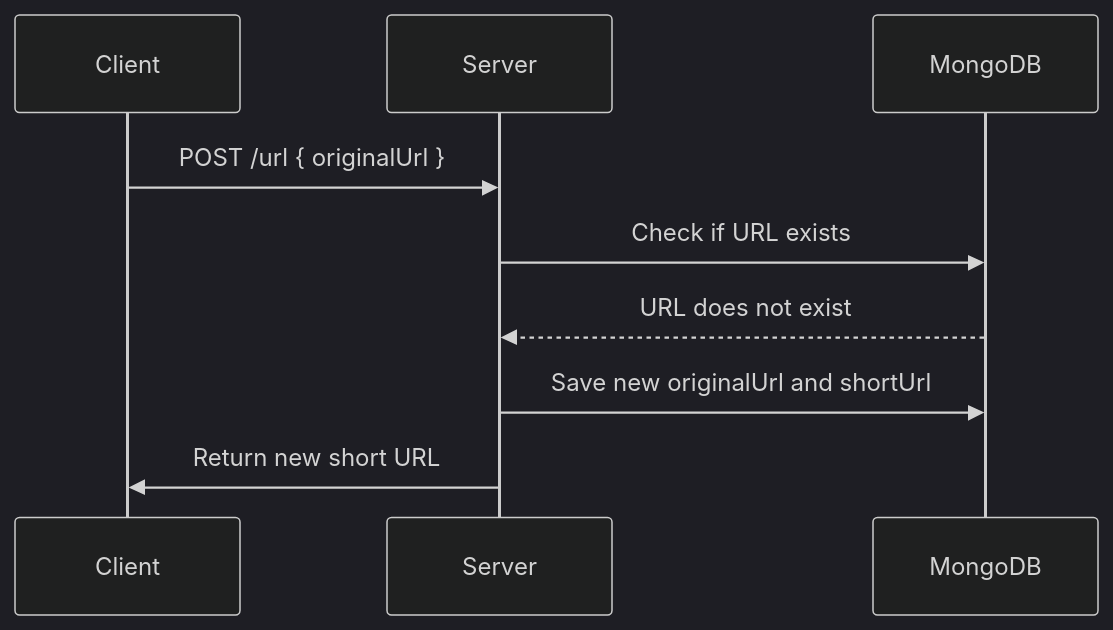
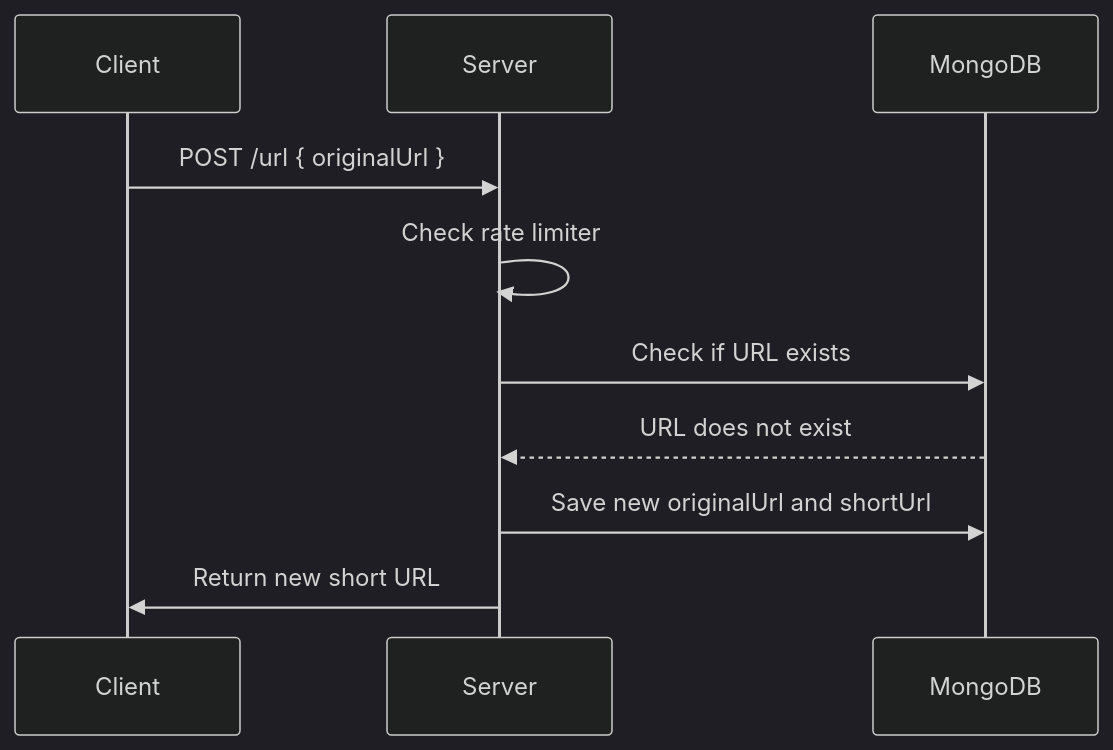
Before and after one commit to SafiUllahAshfaq/url-shortner: the second of 2 diagrams in README.md, drawn with Mermaid (dark theme). The commit also changed other lines of this file, not shown here.

````diff
--- a/README.md
+++ b/README.md
@@ -75,12 +77,13 @@
 ```mermaid
 sequenceDiagram
     participant Client
     participant Server
     participant MongoDB
     Client->>Server: POST /url { originalUrl }
+    Server->>Server: Check rate limiter
     Server->>MongoDB: Check if URL exists
     MongoDB-->>Server: URL does not exist
     Server->>MongoDB: Save new originalUrl and shortUrl
     Server->>Client: Return new short URL
 
 ```
````
